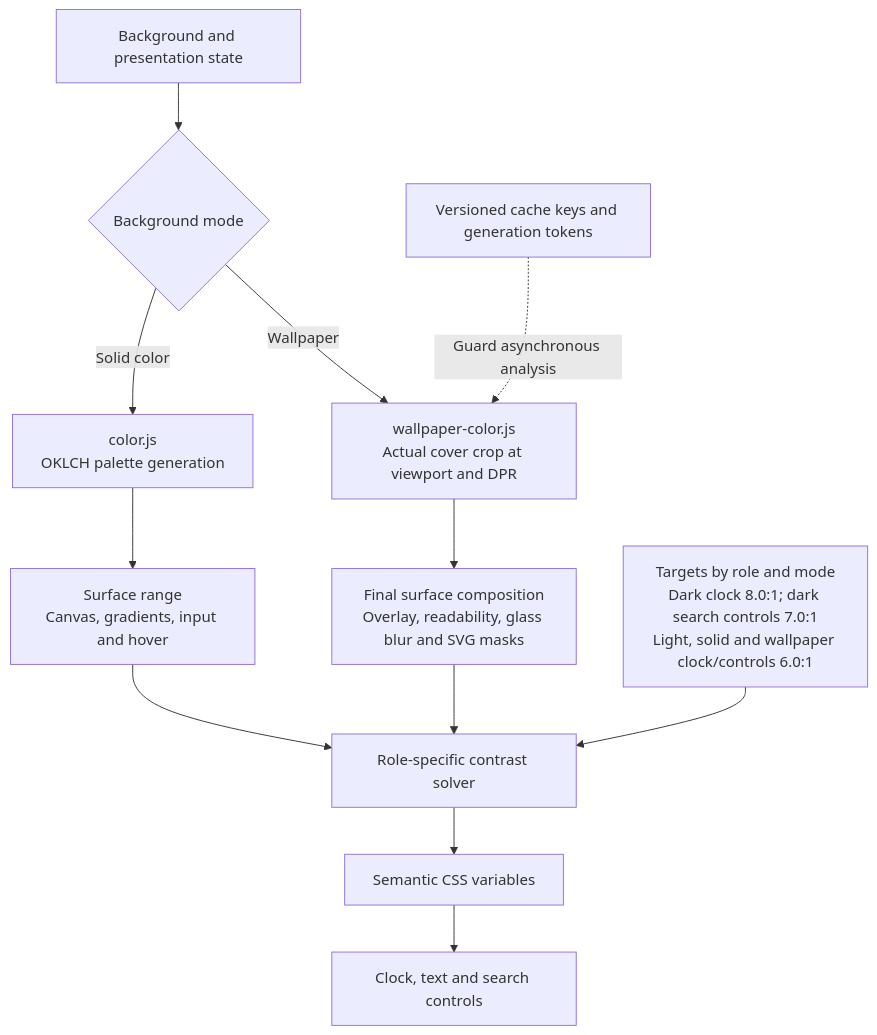
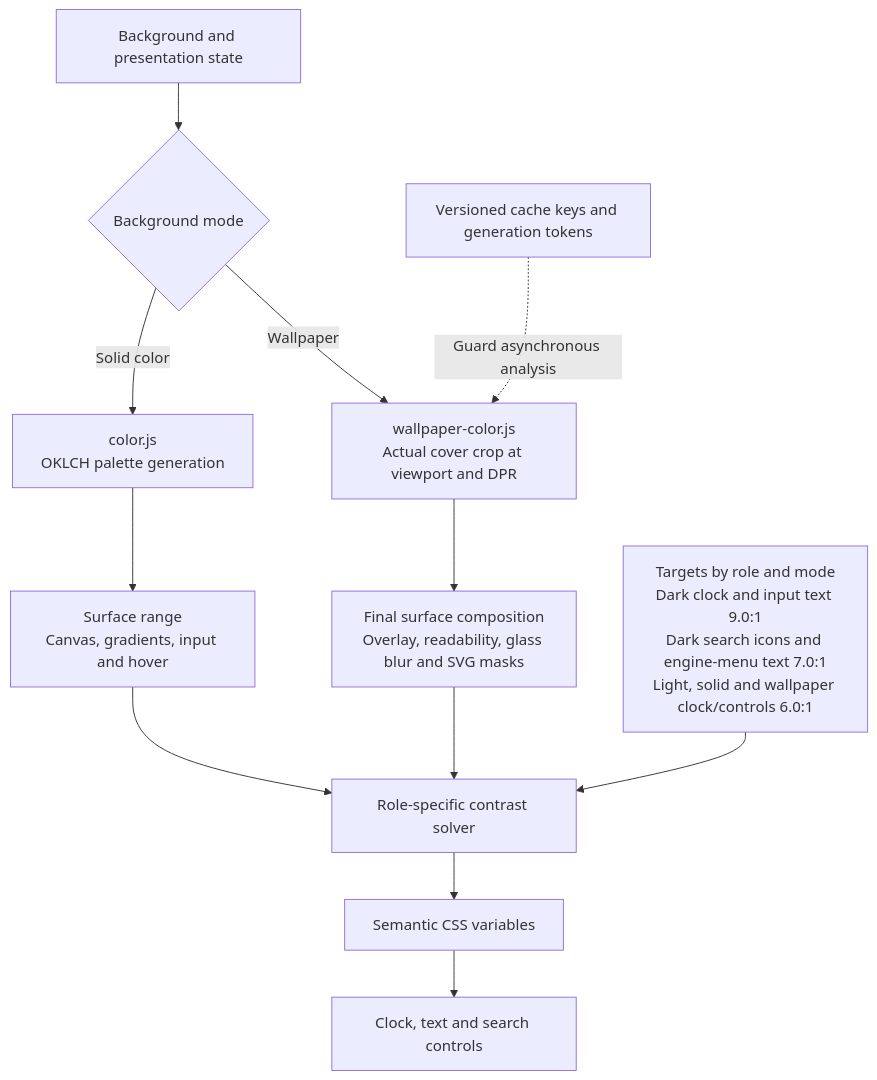
One commit to Un1quer23/WillowTab changed the diagram in README.md. Above: the diagram before and after it, drawn with Mermaid. The commit also changed other lines of this file and 8 other files, not shown here.

````diff
--- a/README.md
+++ b/README.md
@@ -42,14 +42,14 @@
 ```mermaid
 flowchart TD
     A["Background and presentation state"] --> B{"Background mode"}
     B -->|Solid color| C["color.js<br/>OKLCH palette generation"]
     C --> D["Surface range<br/>Canvas, gradients, input and hover"]
     B -->|Wallpaper| E["wallpaper-color.js<br/>Actual cover crop at viewport and DPR"]
     E --> F["Final surface composition<br/>Overlay, readability, glass blur and SVG masks"]
     D --> G["Role-specific contrast solver"]
     F --> G
-    H["Targets by role and mode<br/>Dark clock 8.0:1; dark search controls 7.0:1<br/>Light, solid and wallpaper clock/controls 6.0:1"] --> G
+    H["Targets by role and mode<br/>Dark clock and input text 9.0:1<br/>Dark search icons and engine-menu text 7.0:1<br/>Light, solid and wallpaper clock/controls 6.0:1"] --> G
     G --> I["Semantic CSS variables"]
     I --> J["Clock, text and search controls"]
     K["Versioned cache keys and generation tokens"] -. Guard asynchronous analysis .-> E
 ```
````
